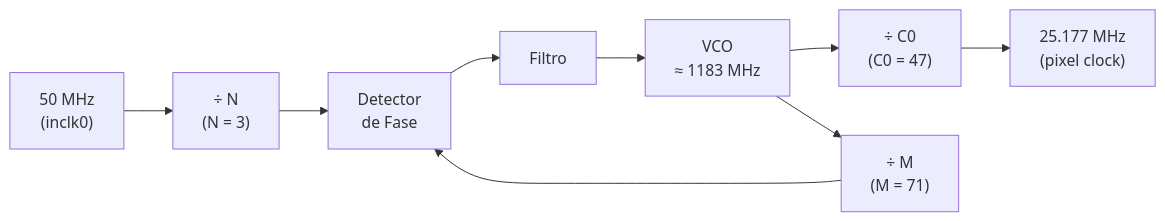
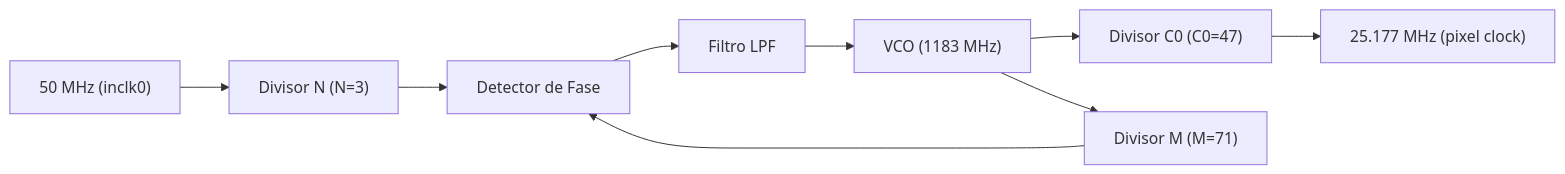
One commit to therajora/fpga-vga-controller changed the diagram in docs/pll.md. Above: the diagram before and after it, drawn with Mermaid. The commit also changed 21 other files, not shown here.

````diff
--- a/docs/pll.md
+++ b/docs/pll.md
@@ -7,11 +7,11 @@
 ```{mermaid}
 flowchart LR
-    IN["50 MHz<br/>(inclk0)"] --> DIV_N["÷ N<br/>(N = 3)"]
-    DIV_N --> PFD["Detector<br/>de Fase"]
-    PFD --> LPF["Filtro"]
-    LPF --> VCO["VCO<br/>≈ 1183 MHz"]
-    VCO --> DIV_C["÷ C0<br/>(C0 = 47)"]
-    DIV_C --> OUT["25.177 MHz<br/>(pixel clock)"]
-    VCO --> DIV_M["÷ M<br/>(M = 71)"]
+    IN["50 MHz (inclk0)"] --> DIV_N["Divisor N (N=3)"]
+    DIV_N --> PFD["Detector de Fase"]
+    PFD --> LPF["Filtro LPF"]
+    LPF --> VCO["VCO (1183 MHz)"]
+    VCO --> DIV_C["Divisor C0 (C0=47)"]
+    DIV_C --> OUT["25.177 MHz (pixel clock)"]
+    VCO --> DIV_M["Divisor M (M=71)"]
     DIV_M --> PFD
 ```
````
